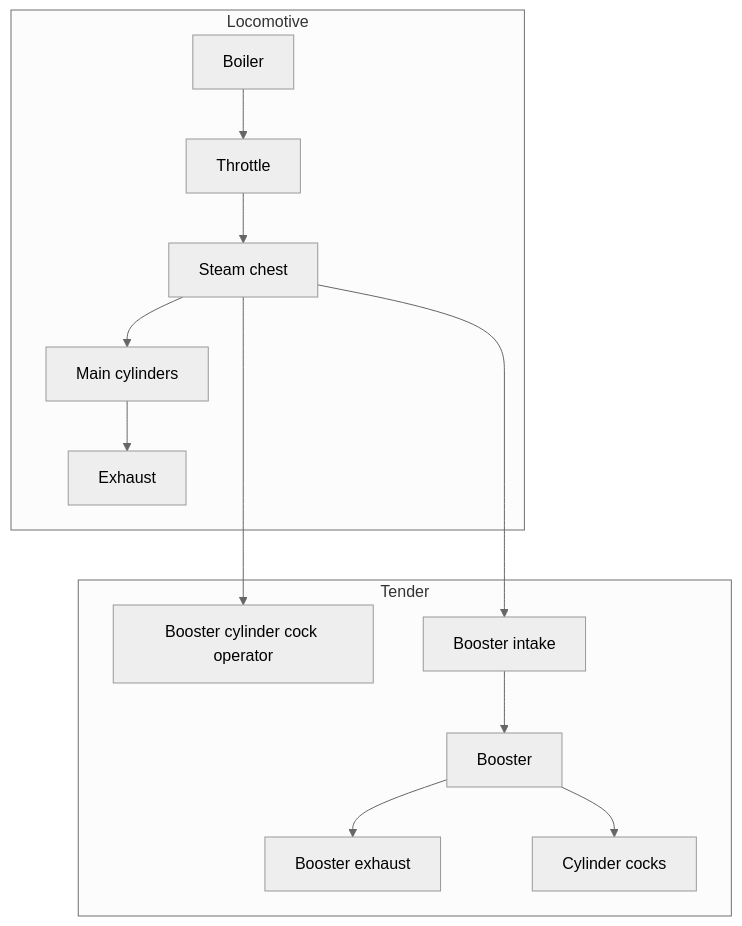
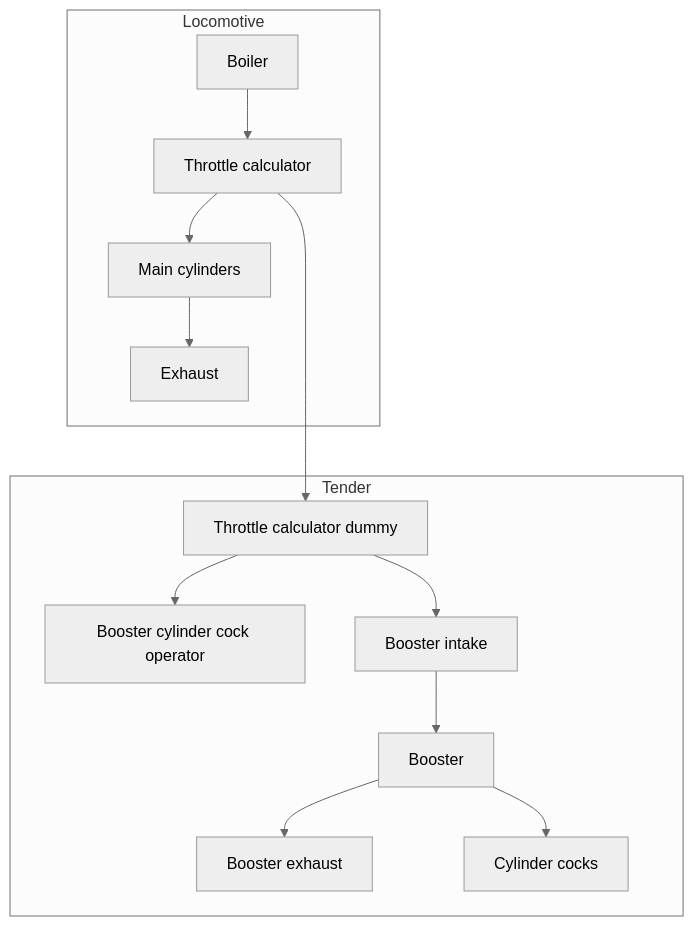
One commit to pjschinske/dv-rearranged-S282 changed the first of 3 diagrams in RearrangedS282/Sim/Booster/README.md. Above: the diagram before and after it, drawn with Mermaid (neutral theme). The commit also changed other lines of this file, not shown here.

Commit message:
Update booster readme

````diff
--- a/RearrangedS282/Sim/Booster/README.md
+++ b/RearrangedS282/Sim/Booster/README.md
@@ -3,21 +3,23 @@
 ```mermaid
 graph TD;
 SteamEngine[Main cylinders]
-ThrottleCalculator[Steam chest]
+ThrottleCalculator[Throttle calculator]
+ThrottleCalculatorDummy[Throttle calculator dummy]
 BoosterCylinderCockOperator[Booster cylinder cock operator]
 BoosterIntake[Booster intake]
 BoosterExhaust[Booster exhaust]
 CylinderCocks[Cylinder cocks]
     subgraph Locomotive
-        Boiler-->Throttle-->ThrottleCalculator
+        Boiler-->ThrottleCalculator
         ThrottleCalculator-->SteamEngine
         SteamEngine-->Exhaust
     end
     subgraph Tender
-        ThrottleCalculator---->BoosterIntake
-        ThrottleCalculator---->BoosterCylinderCockOperator
+        ThrottleCalculator---->ThrottleCalculatorDummy
+		ThrottleCalculatorDummy-->BoosterIntake
+        ThrottleCalculatorDummy-->BoosterCylinderCockOperator
         BoosterIntake-->Booster
         Booster-->BoosterExhaust
         Booster-->CylinderCocks
     end
 ```
````
